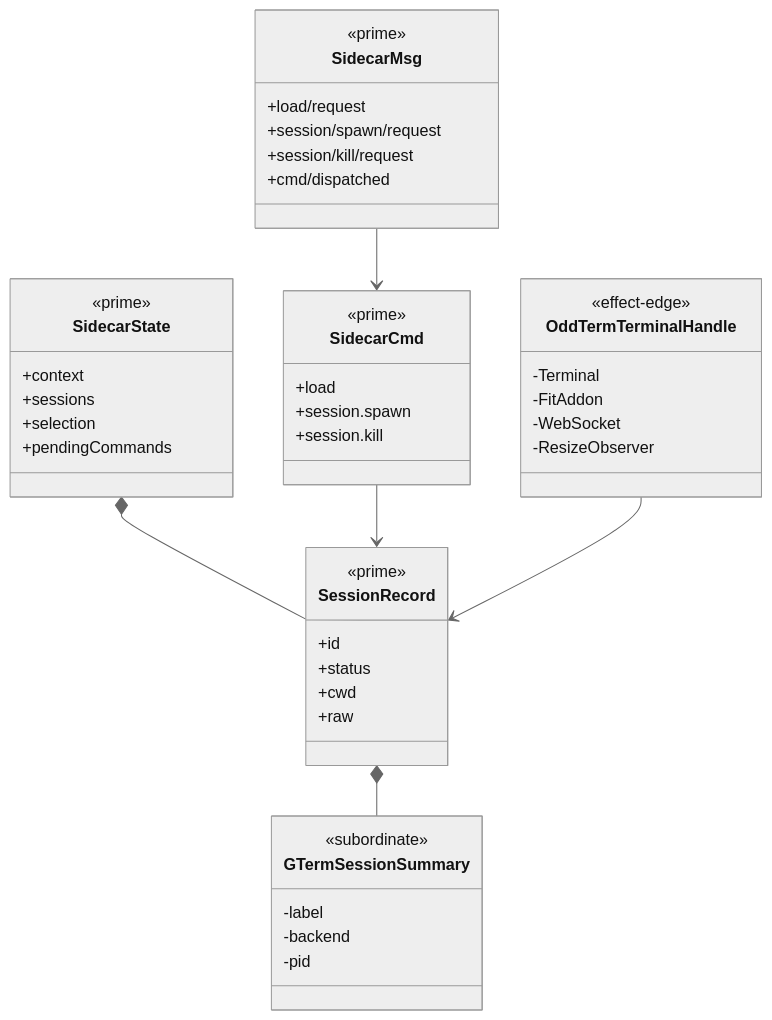
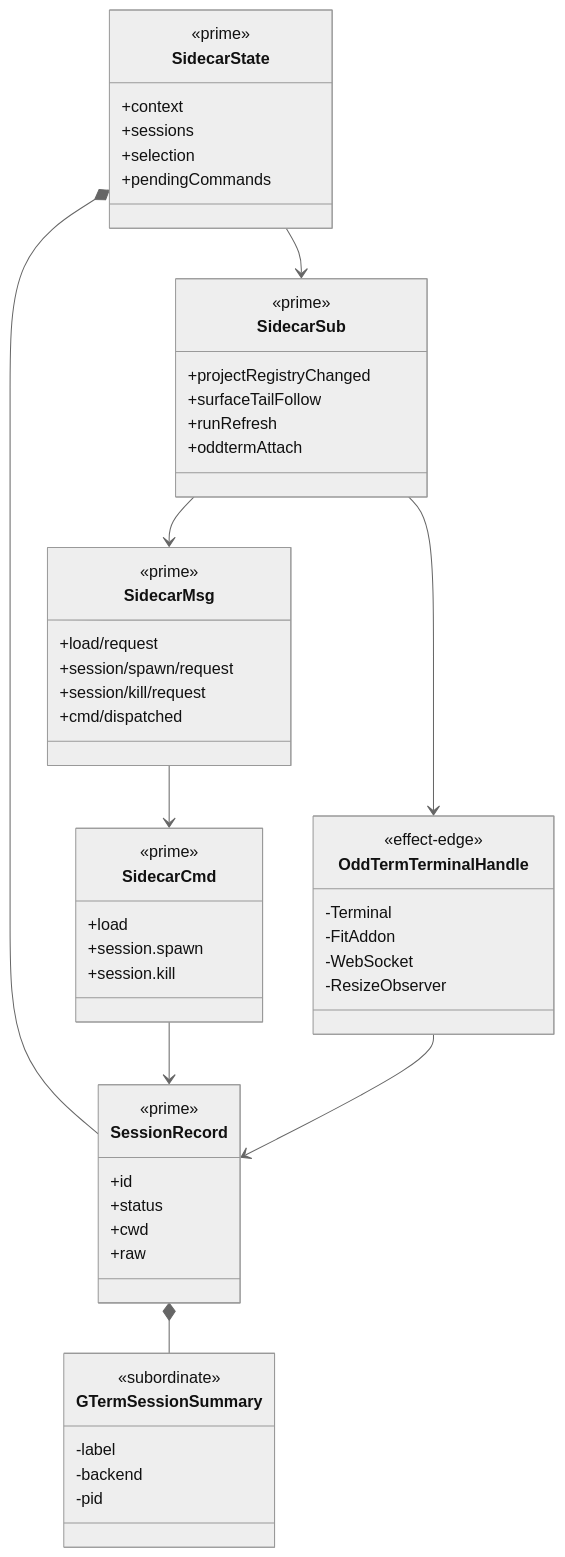
One commit to foolishimp/odd_manager changed the diagram in build_tenants/react_vite/design/widgets/sidecar-session-workspace.md. Above: the diagram before and after it, drawn with Mermaid (neutral theme). The commit also changed other lines of this file and 179 other files, not shown here.

````diff
--- a/build_tenants/react_vite/design/widgets/sidecar-session-workspace.md
+++ b/build_tenants/react_vite/design/widgets/sidecar-session-workspace.md
@@ -103,53 +167,64 @@
 ```mermaid
 classDiagram
   class SidecarState {
     <<prime>>
     <<authoritative>>
     +context
     +sessions
     +selection
     +pendingCommands
   }
   class SidecarMsg {
     <<prime>>
     <<authoritative>>
     +load/request
     +session/spawn/request
     +session/kill/request
     +cmd/dispatched
   }
   class SidecarCmd {
     <<prime>>
     <<authoritative>>
     +load
     +session.spawn
     +session.kill
   }
+  class SidecarSub {
+    <<prime>>
+    <<authoritative>>
+    +projectRegistryChanged
+    +surfaceTailFollow
+    +runRefresh
+    +oddtermAttach
+  }
   class SessionRecord {
     <<prime>>
     <<downstream>>
     +id
     +status
     +cwd
     +raw
   }
   class OddTermTerminalHandle {
     <<effect-edge>>
     -Terminal
     -FitAddon
     -WebSocket
     -ResizeObserver
   }
   class GTermSessionSummary {
     <<subordinate>>
     -label
     -backend
     -pid
   }
 
   SidecarState *-- SessionRecord
   SidecarMsg --> SidecarCmd
+  SidecarState --> SidecarSub
+  SidecarSub --> SidecarMsg
   SidecarCmd --> SessionRecord
+  SidecarSub --> OddTermTerminalHandle
   SessionRecord *-- GTermSessionSummary
   OddTermTerminalHandle --> SessionRecord
 ```
````
